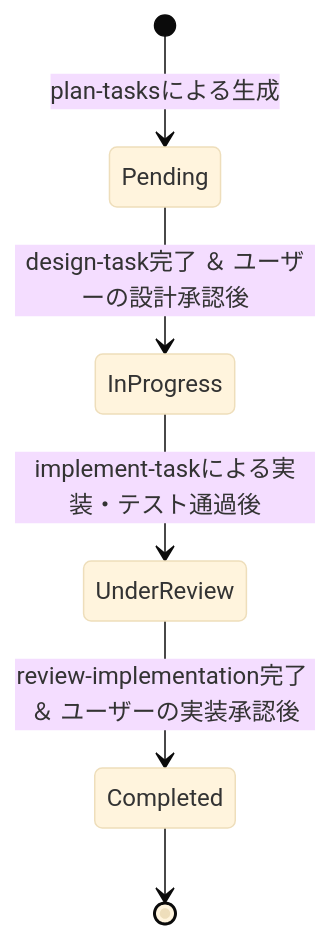
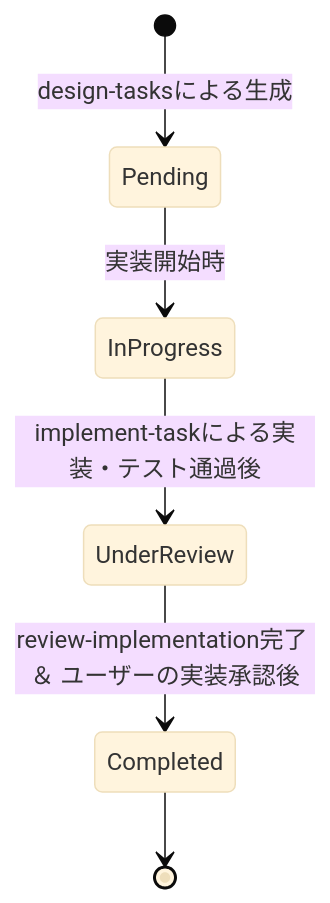
One commit to yukihito-jokyu/context-cli changed the diagram in AGENTS.md. Above: the diagram before and after it, drawn with Mermaid (base theme). The commit also changed other lines of this file, not shown here.

Commit message:
📚 AGENTS.mdの状態遷移を設計事前承認フローに合わせて更新 #22
タスク生成を design-tasks とし、設計承認後に実装フェーズへ進むよう状態遷移の説明を整合させた。

````diff
--- a/AGENTS.md
+++ b/AGENTS.md
@@ -100,8 +100,8 @@
 ```mermaid
 stateDiagram-v2
-    [*] --> Pending : plan-tasksによる生成
-    Pending --> InProgress : design-task完了 ＆ ユーザーの設計承認後
+    [*] --> Pending : design-tasksによる生成
+    Pending --> InProgress : 実装開始時
     InProgress --> UnderReview : implement-taskによる実装・テスト通過後
     UnderReview --> Completed : review-implementation完了 ＆ ユーザーの実装承認後
     Completed --> [*]
 ```
````
